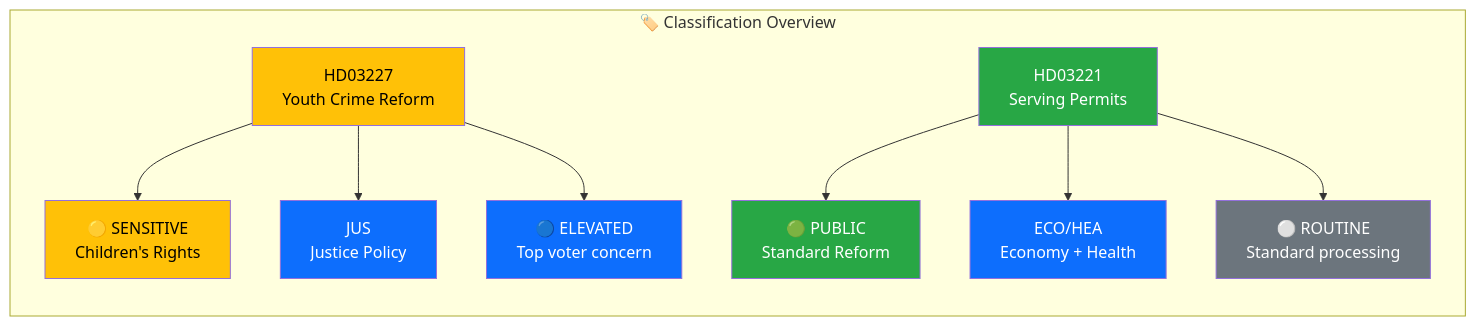
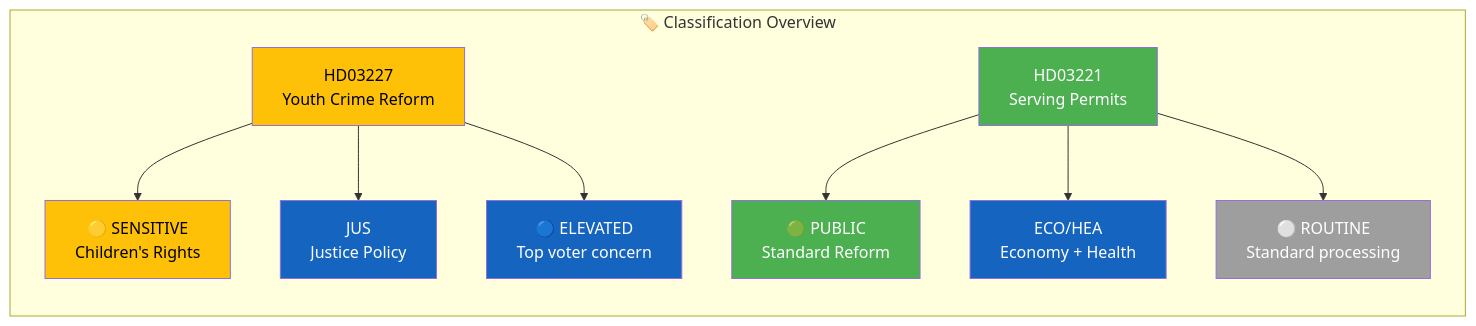
The diagram in analysis/daily/2026-03-26/propositions/classification-results.md (Hack23/riksdagsmonitor), drawn with Mermaid before and after one commit. The commit also changed 785 other files, not shown here.

First line of the commit message:
Normalize mermaid colors across 786 analysis artifacts to ISMS Style Guide palette

````diff
--- a/analysis/daily/2026-03-26/propositions/classification-results.md
+++ b/analysis/daily/2026-03-26/propositions/classification-results.md
@@ -14,21 +14,21 @@
 ```mermaid
 graph LR
     subgraph "🏷️ Classification Overview"
         HD03227["HD03227<br/>Youth Crime Reform"] --> S1["🟡 SENSITIVE<br/>Children's Rights"]
         HD03227 --> D1["JUS<br/>Justice Policy"]
         HD03227 --> U1["🔵 ELEVATED<br/>Top voter concern"]
         
         HD03221["HD03221<br/>Serving Permits"] --> S2["🟢 PUBLIC<br/>Standard Reform"]
         HD03221 --> D2["ECO/HEA<br/>Economy + Health"]
         HD03221 --> U2["⚪ ROUTINE<br/>Standard processing"]
     end
     
-    style HD03227 fill:#ffc107,color:#000
-    style HD03221 fill:#28a745,color:#fff
-    style S1 fill:#ffc107,color:#000
-    style S2 fill:#28a745,color:#fff
-    style D1 fill:#0d6efd,color:#fff
-    style D2 fill:#0d6efd,color:#fff
-    style U1 fill:#0d6efd,color:#fff
-    style U2 fill:#6c757d,color:#fff
+    style HD03227 fill:#FFC107,color:#000000
+    style HD03221 fill:#4CAF50,color:#FFFFFF
+    style S1 fill:#FFC107,color:#000000
+    style S2 fill:#4CAF50,color:#FFFFFF
+    style D1 fill:#1565C0,color:#FFFFFF
+    style D2 fill:#1565C0,color:#FFFFFF
+    style U1 fill:#1565C0,color:#FFFFFF
+    style U2 fill:#9E9E9E,color:#FFFFFF
 ```
````
